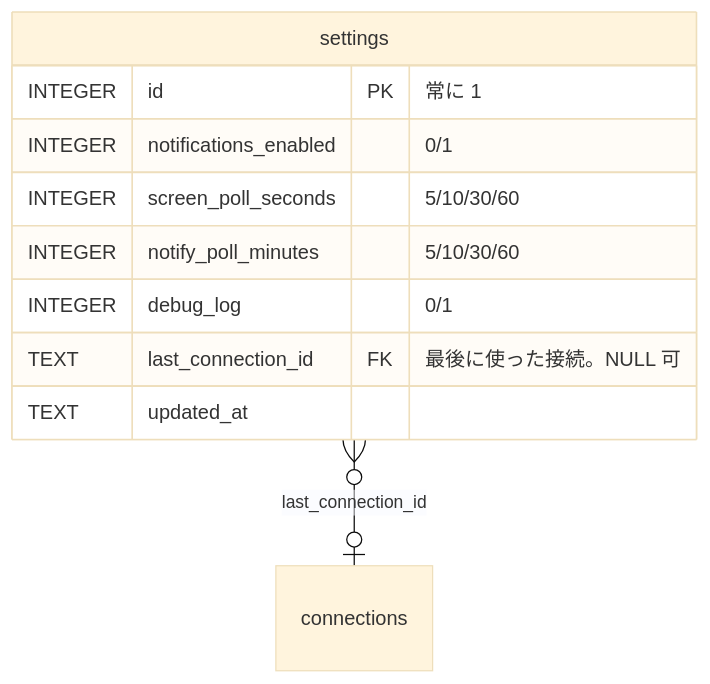
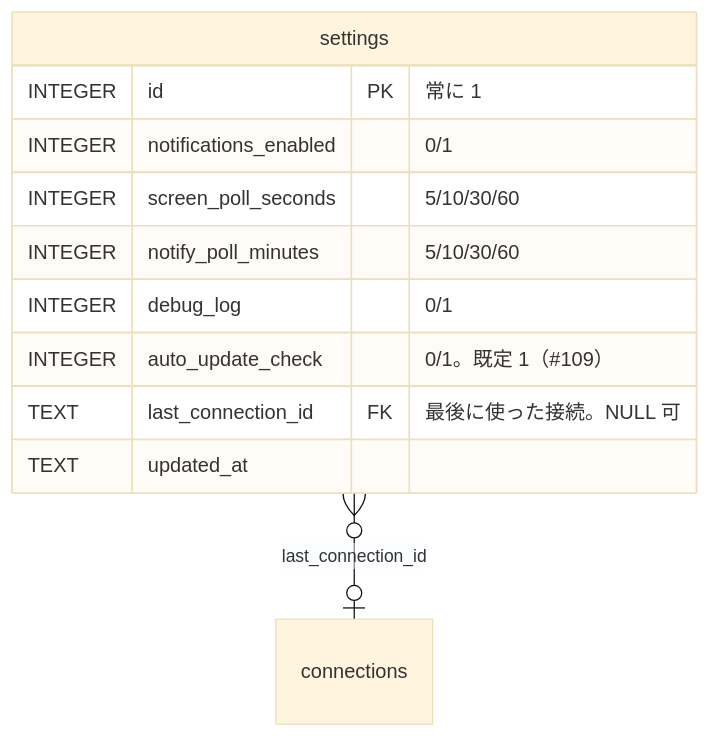
One commit to ousiassllc/swarm-viewer changed the third of 5 diagrams in docs/architecture/er.md. Above: the diagram before and after it, drawn with Mermaid (base theme). The commit also changed other lines of this file and 9 other files, not shown here.

````diff
--- a/docs/architecture/er.md
+++ b/docs/architecture/er.md
@@ -75,13 +75,14 @@
 ```mermaid
 erDiagram
     settings {
         INTEGER id PK "常に 1"
         INTEGER notifications_enabled "0/1"
         INTEGER screen_poll_seconds "5/10/30/60"
         INTEGER notify_poll_minutes "5/10/30/60"
         INTEGER debug_log "0/1"
+        INTEGER auto_update_check "0/1。既定 1（#109）"
         TEXT last_connection_id FK "最後に使った接続。NULL 可"
         TEXT updated_at
     }
     settings }o--o| connections : "last_connection_id"
 ```
````
